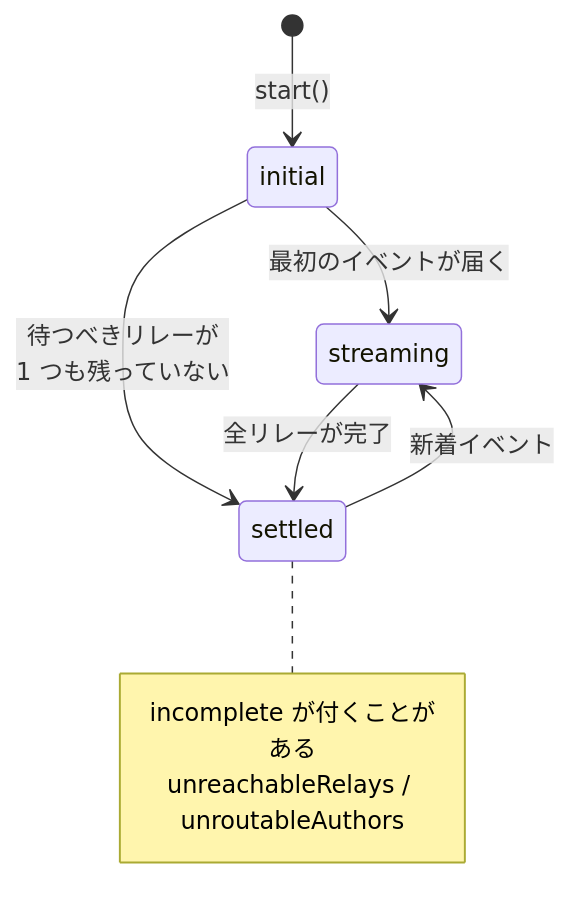
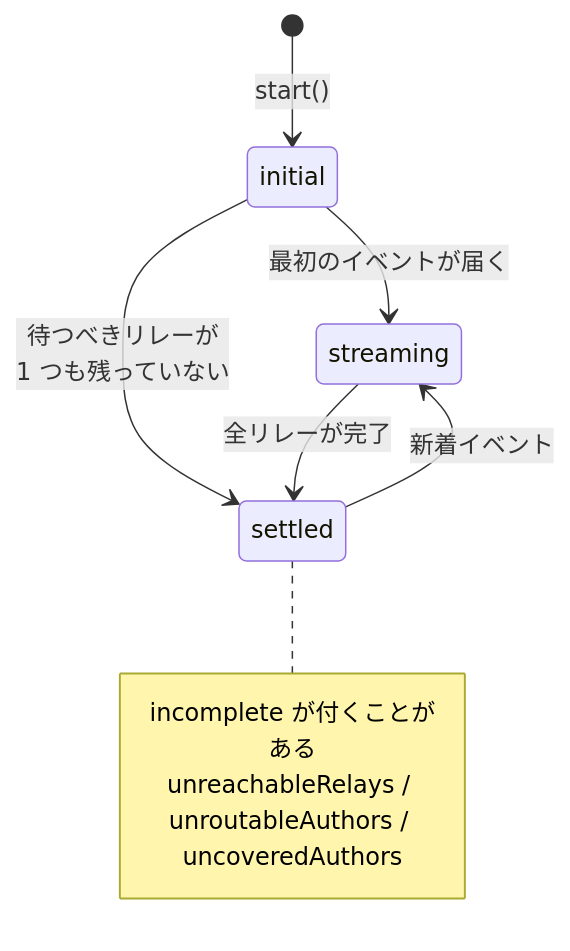
Before and after one commit to eyemono-moe/streets: the fifth of 5 diagrams in docs/design/architecture.md, drawn with Mermaid. The commit also changed other lines of this file and 3 other files, not shown here.

````diff
--- a/docs/design/architecture.md
+++ b/docs/design/architecture.md
@@ -213,12 +213,12 @@
 ```mermaid
 stateDiagram-v2
   [*] --> initial: start()
   initial --> streaming: 最初のイベントが届く
   initial --> settled: 待つべきリレーが<br/>1 つも残っていない
   streaming --> settled: 全リレーが完了
   settled --> streaming: 新着イベント
   note right of settled
     incomplete が付くことがある
-    unreachableRelays / unroutableAuthors
+    unreachableRelays / unroutableAuthors / uncoveredAuthors
   end note
 ```
````
